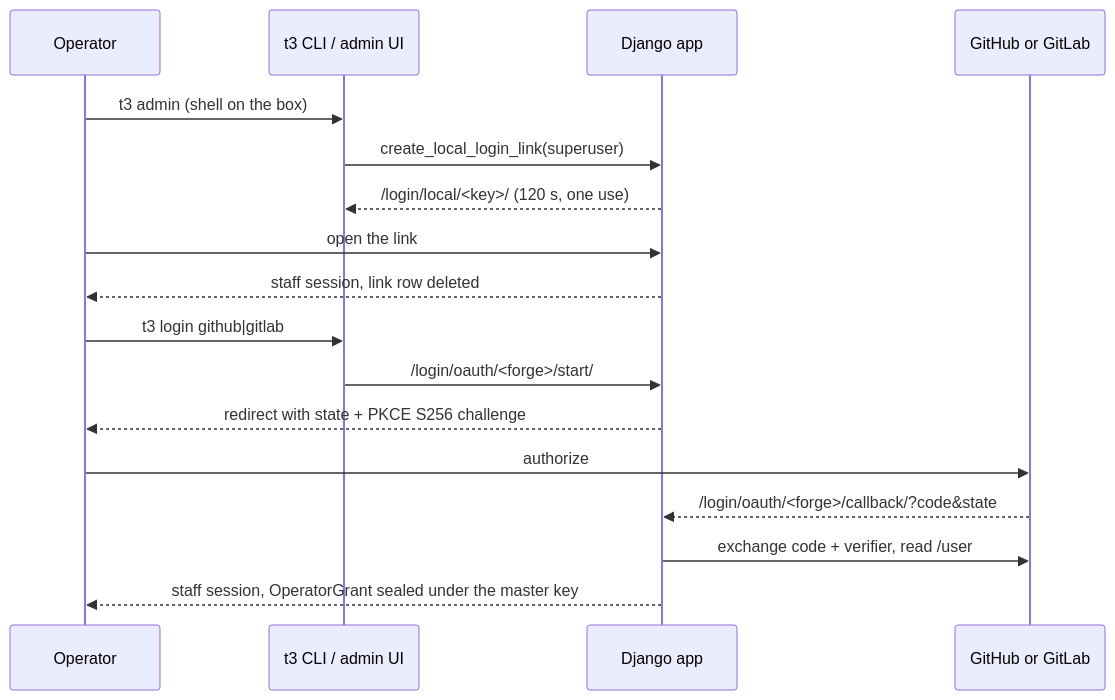
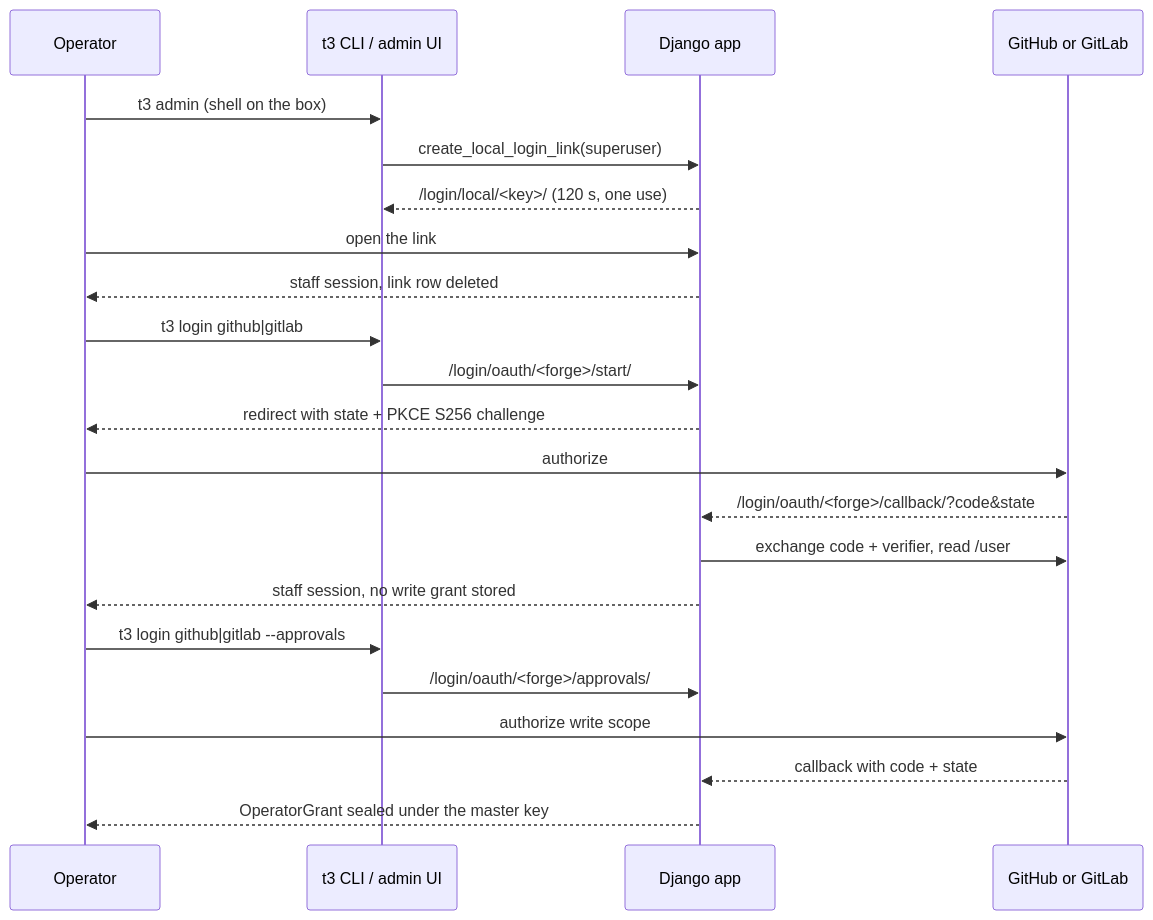
Before and after one commit to souliane/teatree: the diagram in docs/blueprint/operators.md, drawn with Mermaid. The commit also changed other lines of this file and 35 other files, not shown here.

Commit message:
fix: address operator login review findings

````diff
--- a/docs/blueprint/operators.md
+++ b/docs/blueprint/operators.md
@@ -14,19 +14,24 @@
 ```mermaid
 sequenceDiagram
     participant Op as Operator
     participant T3 as t3 CLI / admin UI
     participant App as Django app
     participant Forge as GitHub or GitLab
     Op->>T3: t3 admin (shell on the box)
     T3->>App: create_local_login_link(superuser)
     App-->>T3: /login/local/<key>/ (120 s, one use)
     Op->>App: open the link
     App-->>Op: staff session, link row deleted
     Op->>T3: t3 login github|gitlab
     T3->>App: /login/oauth/<forge>/start/
     App-->>Op: redirect with state + PKCE S256 challenge
     Op->>Forge: authorize
     Forge-->>App: /login/oauth/<forge>/callback/?code&state
     App->>Forge: exchange code + verifier, read /user
-    App-->>Op: staff session, OperatorGrant sealed under the master key
+    App-->>Op: staff session, no write grant stored
+    Op->>T3: t3 login github|gitlab --approvals
+    T3->>App: /login/oauth/<forge>/approvals/
+    Op->>Forge: authorize write scope
+    Forge-->>App: callback with code + state
+    App-->>Op: OperatorGrant sealed under the master key
 ```
````
